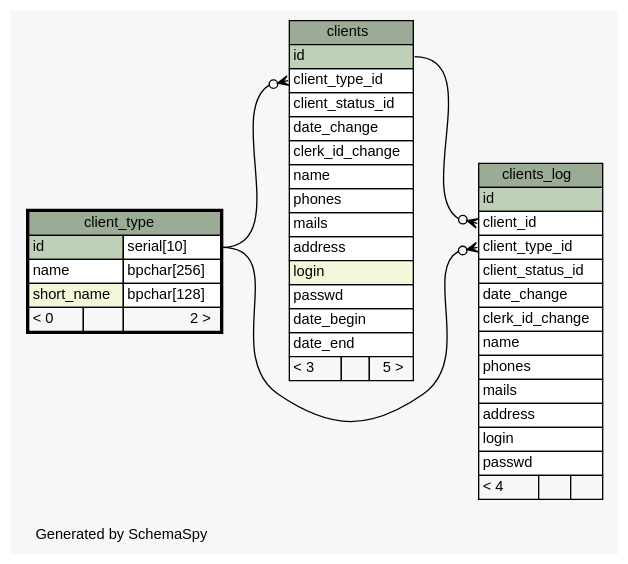
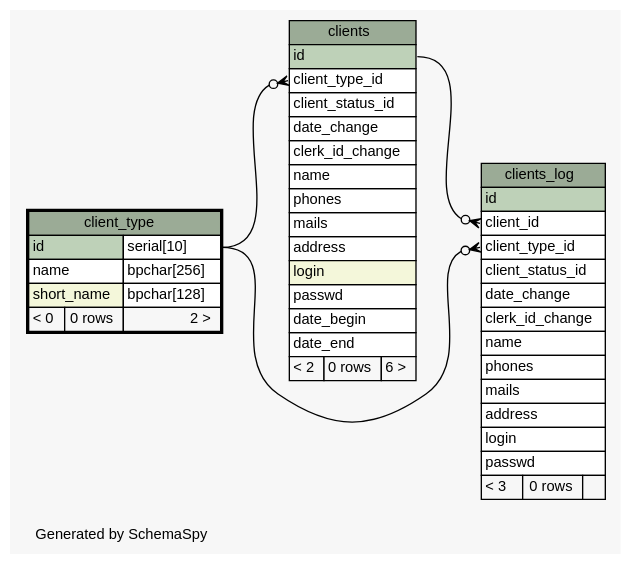
The diagram in db_schema/diagrams/client_type.1degree.dot (okharch/avox), drawn with Graphviz before and after one commit. The commit also changed 391 other files, not shown here.

```diff
--- a/db_schema/diagrams/client_type.1degree.dot
+++ b/db_schema/diagrams/client_type.1degree.dot
@@ -1,80 +1,80 @@
 // dot 2.26.0 on Linux 2.6.32-358.2.1.el6.x86_64
 // SchemaSpy rev 590
 digraph "oneDegreeRelationshipsDiagram" {
   graph [
     rankdir="RL"
     bgcolor="#f7f7f7"
     label="\nGenerated by SchemaSpy"
     labeljust="l"
     nodesep="0.18"
     ranksep="0.46"
     fontname="Helvetica"
     fontsize="11"
   ];
   node [
     fontname="Helvetica"
     fontsize="11"
     shape="plaintext"
   ];
   edge [
     arrowsize="0.8"
   ];
   "clients":"client_type_id":w -> "client_type":"id.type":e [arrowhead=none dir=back arrowtail=crowodot];
   "clients_log":"client_id":w -> "clients":"id":e [arrowhead=none dir=back arrowtail=crowodot];
   "clients_log":"client_type_id":w -> "client_type":"id.type":e [arrowhead=none dir=back arrowtail=crowodot];
   "client_type" [
     label=<
     <TABLE BORDER="2" CELLBORDER="1" CELLSPACING="0" BGCOLOR="#ffffff">
       <TR><TD COLSPAN="3" BGCOLOR="#9bab96" ALIGN="CENTER">client_type</TD></TR>
       <TR><TD PORT="id" COLSPAN="2" BGCOLOR="#bed1b8" ALIGN="LEFT">id</TD><TD PORT="id.type" ALIGN="LEFT">serial[10]</TD></TR>
       <TR><TD PORT="name" COLSPAN="2" ALIGN="LEFT">name</TD><TD PORT="name.type" ALIGN="LEFT">bpchar[256]</TD></TR>
       <TR><TD PORT="short_name" COLSPAN="2" BGCOLOR="#f4f7da" ALIGN="LEFT">short_name</TD><TD PORT="short_name.type" ALIGN="LEFT">bpchar[128]</TD></TR>
-      <TR><TD ALIGN="LEFT" BGCOLOR="#f7f7f7">&lt; 0</TD><TD ALIGN="RIGHT" BGCOLOR="#f7f7f7">  </TD><TD ALIGN="RIGHT" BGCOLOR="#f7f7f7">2 &gt;</TD></TR>
+      <TR><TD ALIGN="LEFT" BGCOLOR="#f7f7f7">&lt; 0</TD><TD ALIGN="RIGHT" BGCOLOR="#f7f7f7">0 rows</TD><TD ALIGN="RIGHT" BGCOLOR="#f7f7f7">2 &gt;</TD></TR>
     </TABLE>>
     URL="client_type.html"
     tooltip="client_type"
   ];
   "clients" [
     label=<
     <TABLE BORDER="0" CELLBORDER="1" CELLSPACING="0" BGCOLOR="#ffffff">
       <TR><TD COLSPAN="3" BGCOLOR="#9bab96" ALIGN="CENTER">clients</TD></TR>
       <TR><TD PORT="id" COLSPAN="3" BGCOLOR="#bed1b8" ALIGN="LEFT">id</TD></TR>
       <TR><TD PORT="client_type_id" COLSPAN="3" ALIGN="LEFT">client_type_id</TD></TR>
       <TR><TD PORT="client_status_id" COLSPAN="3" ALIGN="LEFT">client_status_id</TD></TR>
       <TR><TD PORT="date_change" COLSPAN="3" ALIGN="LEFT">date_change</TD></TR>
       <TR><TD PORT="clerk_id_change" COLSPAN="3" ALIGN="LEFT">clerk_id_change</TD></TR>
       <TR><TD PORT="name" COLSPAN="3" ALIGN="LEFT">name</TD></TR>
       <TR><TD PORT="phones" COLSPAN="3" ALIGN="LEFT">phones</TD></TR>
       <TR><TD PORT="mails" COLSPAN="3" ALIGN="LEFT">mails</TD></TR>
       <TR><TD PORT="address" COLSPAN="3" ALIGN="LEFT">address</TD></TR>
       <TR><TD PORT="login" COLSPAN="3" BGCOLOR="#f4f7da" ALIGN="LEFT">login</TD></TR>
       <TR><TD PORT="passwd" COLSPAN="3" ALIGN="LEFT">passwd</TD></TR>
       <TR><TD PORT="date_begin" COLSPAN="3" ALIGN="LEFT">date_begin</TD></TR>
       <TR><TD PORT="date_end" COLSPAN="3" ALIGN="LEFT">date_end</TD></TR>
-      <TR><TD ALIGN="LEFT" BGCOLOR="#f7f7f7">&lt; 3</TD><TD ALIGN="RIGHT" BGCOLOR="#f7f7f7">  </TD><TD ALIGN="RIGHT" BGCOLOR="#f7f7f7">5 &gt;</TD></TR>
+      <TR><TD ALIGN="LEFT" BGCOLOR="#f7f7f7">&lt; 2</TD><TD ALIGN="RIGHT" BGCOLOR="#f7f7f7">0 rows</TD><TD ALIGN="RIGHT" BGCOLOR="#f7f7f7">6 &gt;</TD></TR>
     </TABLE>>
     URL="clients.html"
     tooltip="clients"
   ];
   "clients_log" [
     label=<
     <TABLE BORDER="0" CELLBORDER="1" CELLSPACING="0" BGCOLOR="#ffffff">
       <TR><TD COLSPAN="3" BGCOLOR="#9bab96" ALIGN="CENTER">clients_log</TD></TR>
       <TR><TD PORT="id" COLSPAN="3" BGCOLOR="#bed1b8" ALIGN="LEFT">id</TD></TR>
       <TR><TD PORT="client_id" COLSPAN="3" ALIGN="LEFT">client_id</TD></TR>
       <TR><TD PORT="client_type_id" COLSPAN="3" ALIGN="LEFT">client_type_id</TD></TR>
       <TR><TD PORT="client_status_id" COLSPAN="3" ALIGN="LEFT">client_status_id</TD></TR>
       <TR><TD PORT="date_change" COLSPAN="3" ALIGN="LEFT">date_change</TD></TR>
       <TR><TD PORT="clerk_id_change" COLSPAN="3" ALIGN="LEFT">clerk_id_change</TD></TR>
       <TR><TD PORT="name" COLSPAN="3" ALIGN="LEFT">name</TD></TR>
       <TR><TD PORT="phones" COLSPAN="3" ALIGN="LEFT">phones</TD></TR>
       <TR><TD PORT="mails" COLSPAN="3" ALIGN="LEFT">mails</TD></TR>
       <TR><TD PORT="address" COLSPAN="3" ALIGN="LEFT">address</TD></TR>
       <TR><TD PORT="login" COLSPAN="3" ALIGN="LEFT">login</TD></TR>
       <TR><TD PORT="passwd" COLSPAN="3" ALIGN="LEFT">passwd</TD></TR>
-      <TR><TD ALIGN="LEFT" BGCOLOR="#f7f7f7">&lt; 4</TD><TD ALIGN="RIGHT" BGCOLOR="#f7f7f7">  </TD><TD ALIGN="RIGHT" BGCOLOR="#f7f7f7">  </TD></TR>
+      <TR><TD ALIGN="LEFT" BGCOLOR="#f7f7f7">&lt; 3</TD><TD ALIGN="RIGHT" BGCOLOR="#f7f7f7">0 rows</TD><TD ALIGN="RIGHT" BGCOLOR="#f7f7f7">  </TD></TR>
     </TABLE>>
     URL="clients_log.html"
     tooltip="clients_log"
   ];
 }
```
